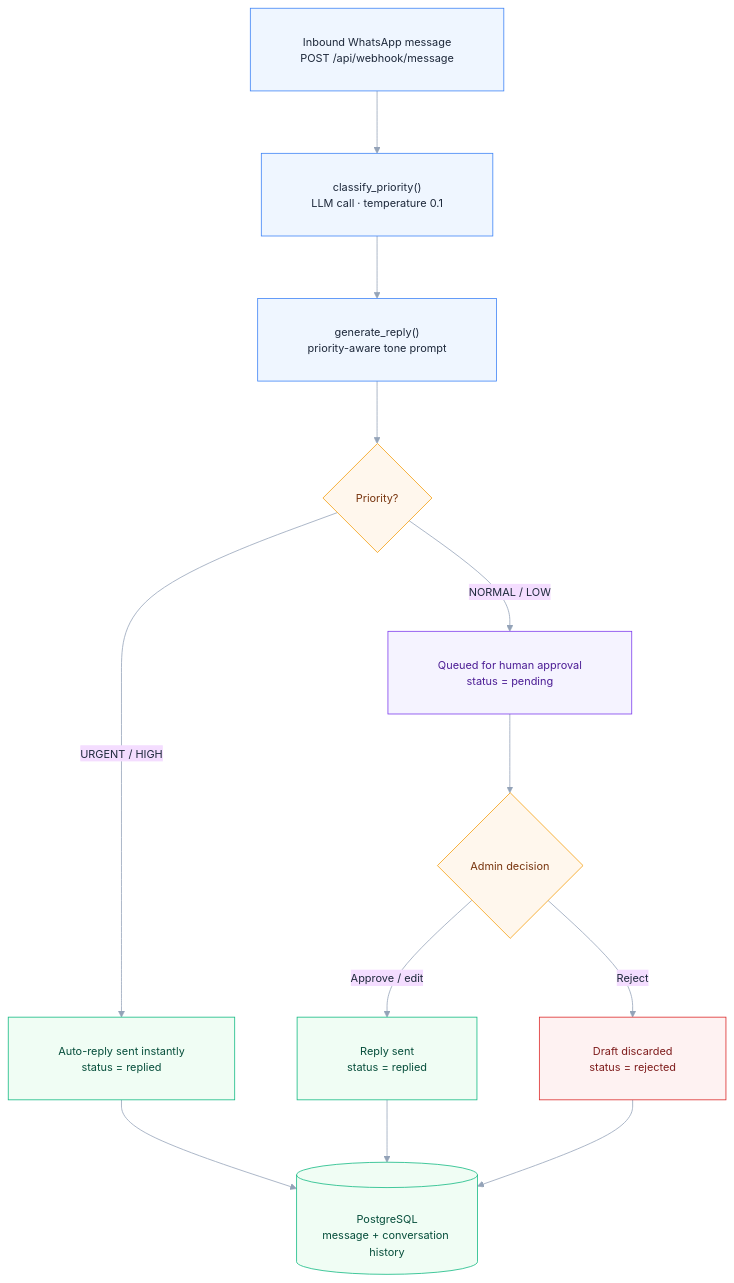
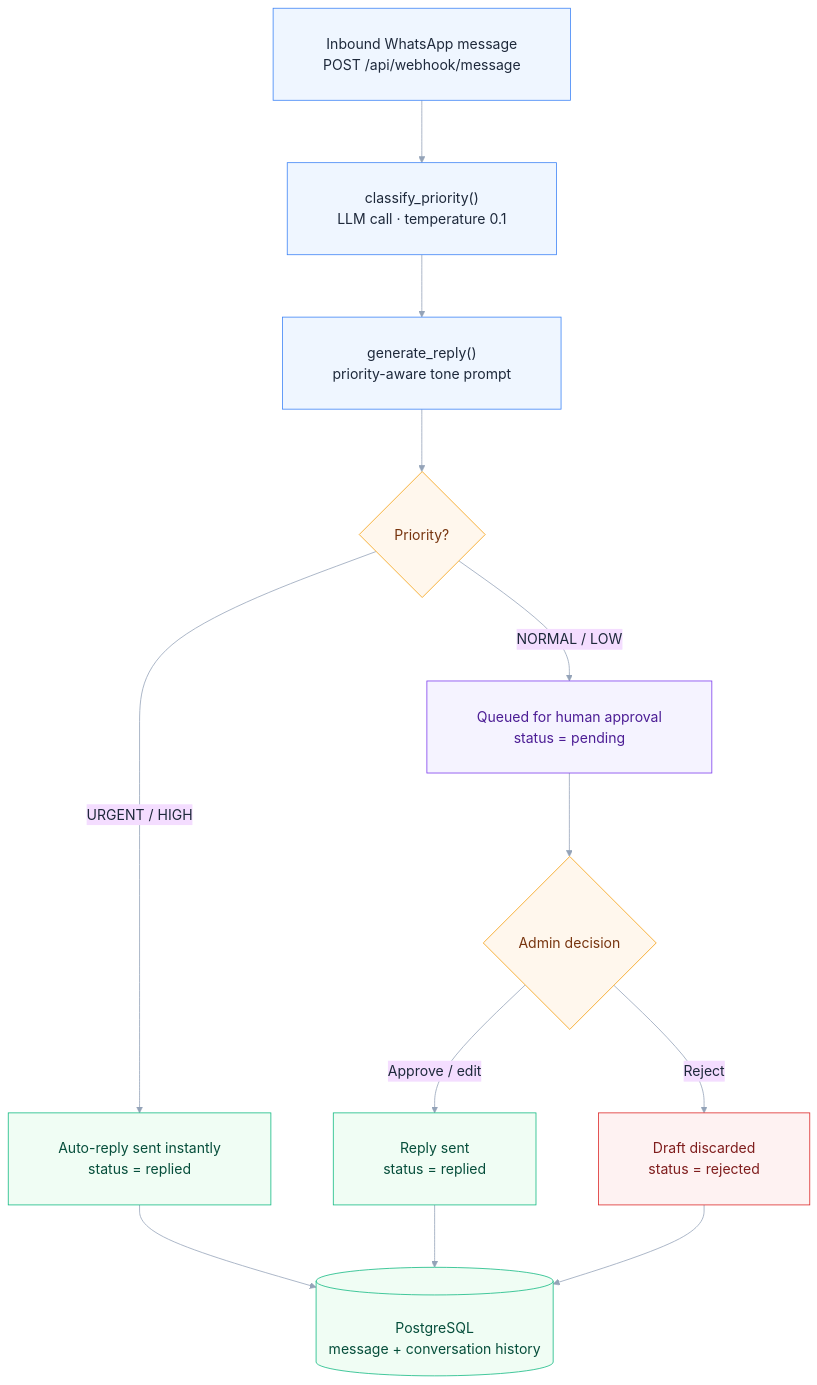
One commit to Qisanxi/Whatsapp_priority_agent changed the second of 2 diagrams in README.md. Above: the diagram before and after it, drawn with Mermaid. The commit also changed other lines of this file, not shown here.

Commit message:
Increase mermaid diagram font size for readability
- fontSize 14px -> 18px in both diagrams
- add wrappingWidth 280 so labels wrap at explicit breaks only
(no orphaned words inside blocks)

````diff
--- a/README.md
+++ b/README.md
@@ -80,28 +80,28 @@
 ```mermaid
-%%{init: {"theme":"base","themeVariables":{"fontSize":"14px","primaryTextColor":"#1E293B","lineColor":"#94A3B8"},"flowchart":{"curve":"basis","padding":32,"nodeSpacing":80,"rankSpacing":80,"htmlLabels":true}}}%%
+%%{init: {"theme":"base","themeVariables":{"fontSize":"18px","primaryTextColor":"#1E293B","lineColor":"#94A3B8"},"flowchart":{"curve":"basis","padding":32,"nodeSpacing":80,"rankSpacing":80,"htmlLabels":true,"wrappingWidth":280}}}%%
 flowchart TD
     A["Inbound WhatsApp message<br/>POST /api/webhook/message"] --> B["classify_priority()<br/>LLM call · temperature 0.1"]
     B --> D["generate_reply()<br/>priority-aware tone prompt"]
     D --> F{"Priority?"}
     F -->|"URGENT / HIGH"| G["Auto-reply sent instantly<br/>status = replied"]
     F -->|"NORMAL / LOW"| H["Queued for human approval<br/>status = pending"]
     H --> I{"Admin decision"}
     I -->|"Approve / edit"| J["Reply sent<br/>status = replied"]
     I -->|"Reject"| K["Draft discarded<br/>status = rejected"]
     G --> L[("PostgreSQL<br/>message + conversation history")]
     J --> L
     K --> L
 
     classDef step fill:#EFF6FF,stroke:#3B82F6,color:#1E293B
     classDef decision fill:#FFF7ED,stroke:#F59E0B,color:#78350F
     classDef replied fill:#F0FDF4,stroke:#10B981,color:#064E3B
     classDef human fill:#F5F3FF,stroke:#7C3AED,color:#4C1D95
     classDef rejected fill:#FEF2F2,stroke:#DC2626,color:#7F1D1D
     classDef store fill:#F0FDF4,stroke:#10B981,color:#064E3B
     class A,B,D step
     class F,I decision
     class G,J replied
     class H human
     class K rejected
     class L store
 ```
````
